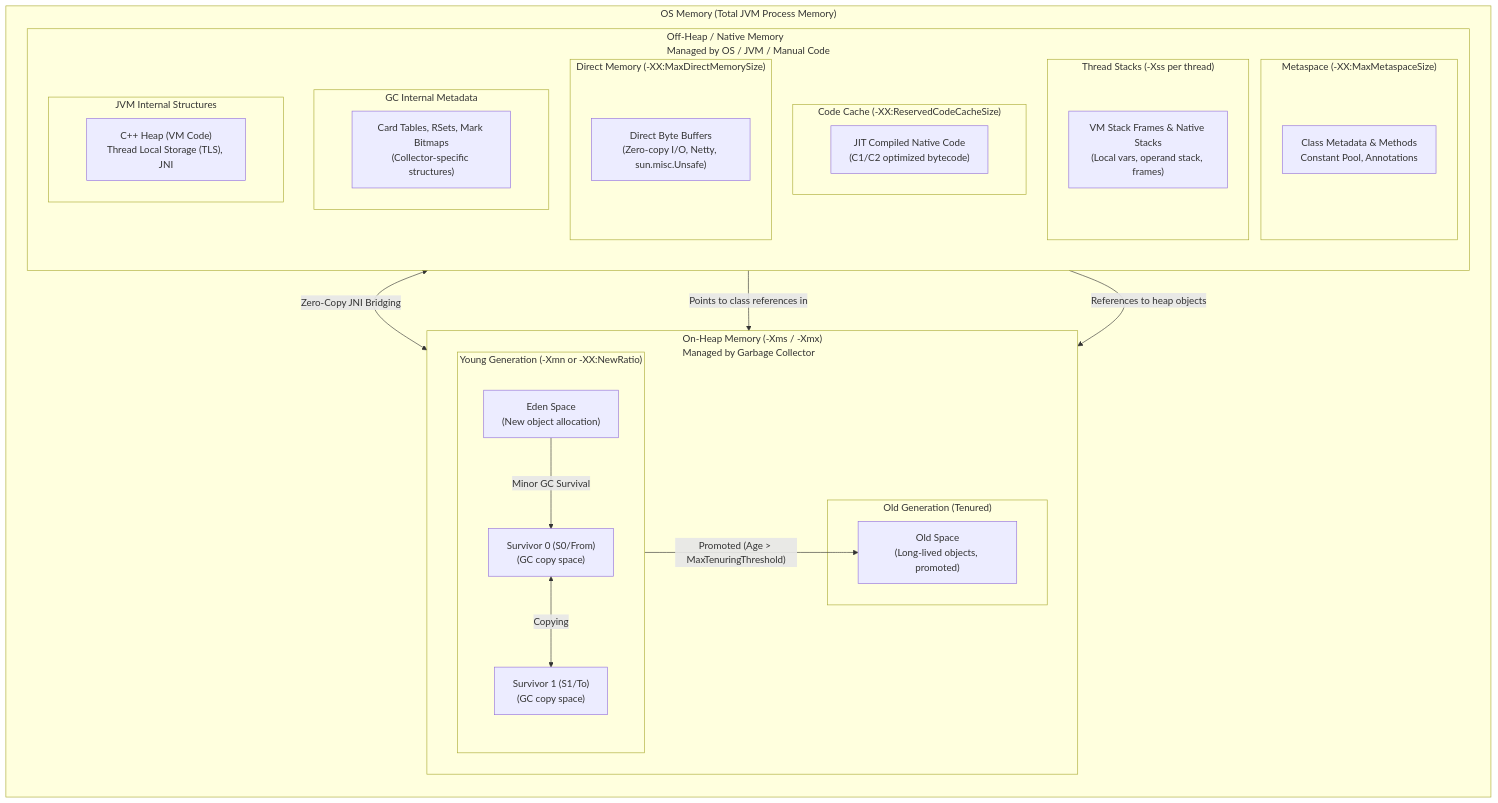
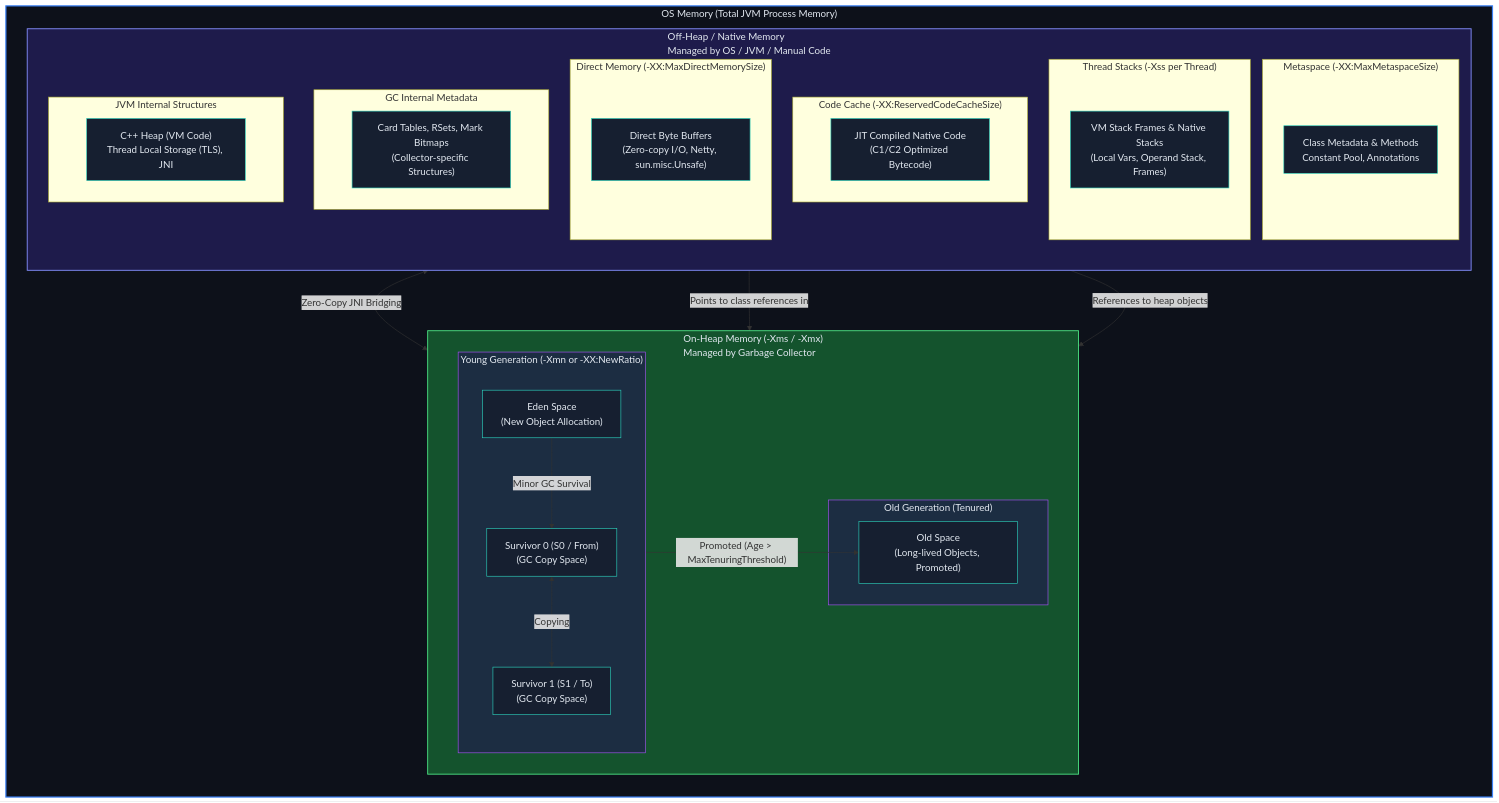
One commit to minhkhuong2404/docusaurus-knowledge-base-template changed the second of 7 diagrams in docs/technical-knowledge/java/java-jvm.md. Above: the diagram before and after it, drawn with Mermaid. The commit also changed other lines of this file and 44 other files, not shown here.

````diff
--- a/docs/technical-knowledge/java/java-jvm.md
+++ b/docs/technical-knowledge/java/java-jvm.md
@@ -51,49 +73,62 @@
 ```mermaid
 graph TB
     subgraph OS_Memory ["OS Memory (Total JVM Process Memory)"]
         direction TB
         
         subgraph On_Heap ["On-Heap Memory (-Xms / -Xmx)<br/>Managed by Garbage Collector"]
             direction LR
             subgraph Young_Gen ["Young Generation (-Xmn or -XX:NewRatio)"]
                 direction TB
-                Eden["Eden Space<br/>(New object allocation)"]
-                S0["Survivor 0 (S0/From)<br/>(GC copy space)"]
-                S1["Survivor 1 (S1/To)<br/>(GC copy space)"]
+                Eden["Eden Space<br/>(New Object Allocation)"]
+                S0["Survivor 0 (S0 / From)<br/>(GC Copy Space)"]
+                S1["Survivor 1 (S1 / To)<br/>(GC Copy Space)"]
             end
             subgraph Old_Gen ["Old Generation (Tenured)"]
-                Old["Old Space<br/>(Long-lived objects, promoted)"]
+                Old["Old Space<br/>(Long-lived Objects, Promoted)"]
             end
         end
         
         subgraph Off_Heap ["Off-Heap / Native Memory<br/>Managed by OS / JVM / Manual Code"]
             direction TB
             subgraph Metaspace_Group ["Metaspace (-XX:MaxMetaspaceSize)"]
                 Meta["Class Metadata & Methods<br/>Constant Pool, Annotations"]
             end
             subgraph Code_Cache_Group ["Code Cache (-XX:ReservedCodeCacheSize)"]
-                CC["JIT Compiled Native Code<br/>(C1/C2 optimized bytecode)"]
+                CC["JIT Compiled Native Code<br/>(C1/C2 Optimized Bytecode)"]
             end
-            subgraph Thread_Stacks ["Thread Stacks (-Xss per thread)"]
-                TS["VM Stack Frames & Native Stacks<br/>(Local vars, operand stack, frames)"]
+            subgraph Thread_Stacks ["Thread Stacks (-Xss per Thread)"]
+                TS["VM Stack Frames & Native Stacks<br/>(Local Vars, Operand Stack, Frames)"]
             end
             subgraph Direct_Memory ["Direct Memory (-XX:MaxDirectMemorySize)"]
                 DM["Direct Byte Buffers<br/>(Zero-copy I/O, Netty, sun.misc.Unsafe)"]
             end
             subgraph GC_Overhead ["GC Internal Metadata"]
-                GCO["Card Tables, RSets, Mark Bitmaps<br/>(Collector-specific structures)"]
+                GCO["Card Tables, RSets, Mark Bitmaps<br/>(Collector-specific Structures)"]
             end
             subgraph JVM_Internal ["JVM Internal Structures"]
                 JVM_Int["C++ Heap (VM Code)<br/>Thread Local Storage (TLS), JNI"]
             end
         end
     end
 
     %% Flow and interactions
     Eden -->|"Minor GC Survival"| S0
     S0 <-->|"Copying"| S1
     S1 -->|"Promoted (Age > MaxTenuringThreshold)"| Old
     DM <-->|"Zero-Copy JNI Bridging"| On_Heap
     Meta -->|"Points to class references in"| On_Heap
     TS -->|"References to heap objects"| On_Heap
+
+    %% Style classes
+    classDef osStyle fill:#0d111a,stroke:#3b82f6,stroke-width:2px,color:#e2e8f0;
+    classDef heapStyle fill:#14532d,stroke:#4ade80,stroke-width:1.5px,color:#e2e8f0;
+    classDef offHeapStyle fill:#1e1b4b,stroke:#818cf8,stroke-width:1.5px,color:#e2e8f0;
+    classDef subgenStyle fill:#1c2d42,stroke:#a855f7,stroke-width:1px,color:#e2e8f0;
+    classDef detailStyle fill:#161f30,stroke:#2dd4bf,stroke-width:1px,color:#e2e8f0;
+
+    class OS_Memory osStyle;
+    class On_Heap heapStyle;
+    class Off_Heap offHeapStyle;
+    class Young_Gen,Old_Gen subgenStyle;
+    class Eden,S0,S1,Old,Meta,CC,TS,DM,GCO,JVM_Int detailStyle;
 ```
````
